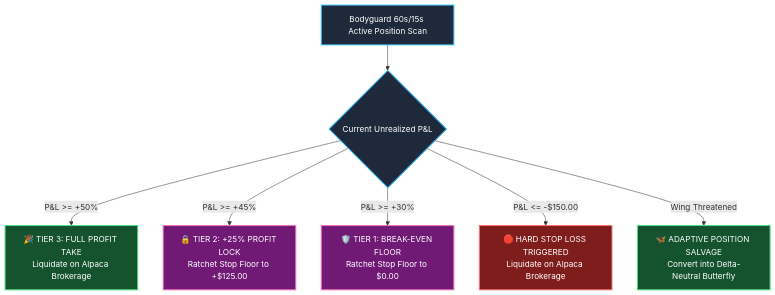
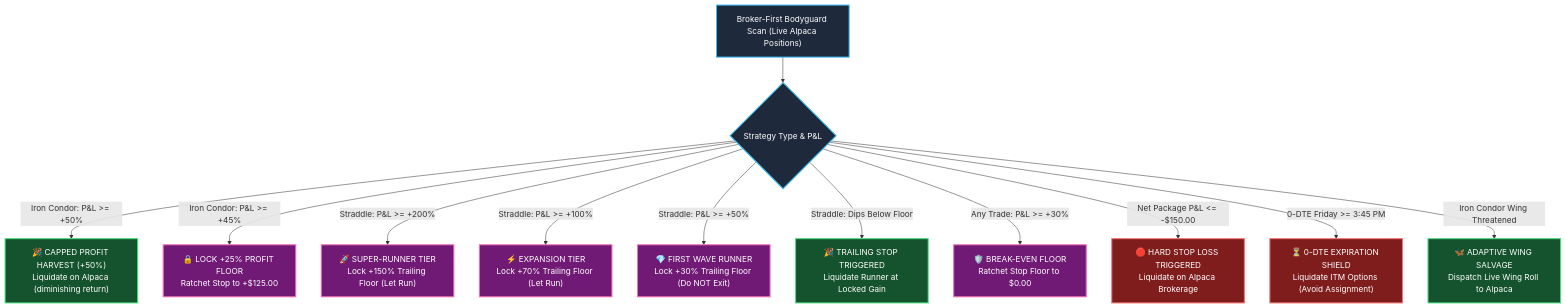
The third of 3 diagrams in README.md (ranazain9/oracle-trading-agents), drawn with Mermaid before and after one commit. The commit also changed other lines of this file, not shown here.

Commit message:
docs: update README with authentic closed trade reconciliation metrics, broker-first bodyguard, and dynamic runner ratchet

````diff
--- a/README.md
+++ b/README.md
@@ -283,15 +288,25 @@
 ```mermaid
 flowchart TD
     classDef check fill:#1E293B,stroke:#38BDF8,stroke-width:2px,color:#FFFFFF;
     classDef ratchet fill:#701A75,stroke:#F472B6,stroke-width:2px,color:#FFFFFF;
     classDef win fill:#14532D,stroke:#4ADE80,stroke-width:2px,color:#FFFFFF;
     classDef stop fill:#7F1D1D,stroke:#F87171,stroke-width:2px,color:#FFFFFF;
 
-    A["Bodyguard 60s/15s Active Position Scan"]:::check --> B{"Current Unrealized P&L"}:::check
+    A["Broker-First Bodyguard Scan (Live Alpaca Positions)"]:::check --> B{"Strategy Type & P&L"}:::check
     
-    B -->|"P&L >= +50%"| C["🎉 TIER 3: FULL PROFIT TAKE<br>Liquidate on Alpaca Brokerage"]:::win
-    B -->|"P&L >= +45%"| D["🔒 TIER 2: +25% PROFIT LOCK<br>Ratchet Stop Floor to +$125.00"]:::ratchet
-    B -->|"P&L >= +30%"| E["🛡️ TIER 1: BREAK-EVEN FLOOR<br>Ratchet Stop Floor to $0.00"]:::ratchet
-    B -->|"P&L <= -$150.00"| F["🛑 HARD STOP LOSS TRIGGERED<br>Liquidate on Alpaca Brokerage"]:::stop
-    B -->|"Wing Threatened"| G["🦋 ADAPTIVE POSITION SALVAGE<br>Convert into Delta-Neutral Butterfly"]:::win
+    %% Path 1: Capped Credit Spreads (Iron Condors)
+    B -->|"Iron Condor: P&L >= +50%"| C1["🎉 CAPPED PROFIT HARVEST (+50%)<br>Liquidate on Alpaca (diminishing return)"]:::win
+    B -->|"Iron Condor: P&L >= +45%"| C2["🔒 LOCK +25% PROFIT FLOOR<br>Ratchet Stop to +$125.00"]:::ratchet
+    
+    %% Path 2: Uncapped Runners & Straddles
+    B -->|"Straddle: P&L >= +200%"| S1["🚀 SUPER-RUNNER TIER<br>Lock +150% Trailing Floor (Let Run)"]:::ratchet
+    B -->|"Straddle: P&L >= +100%"| S2["⚡ EXPANSION TIER<br>Lock +70% Trailing Floor (Let Run)"]:::ratchet
+    B -->|"Straddle: P&L >= +50%"| S3["💎 FIRST WAVE RUNNER<br>Lock +30% Trailing Floor (Do NOT Exit)"]:::ratchet
+    B -->|"Straddle: Dips Below Floor"| S4["🎉 TRAILING STOP TRIGGERED<br>Liquidate Runner at Locked Gain"]:::win
+
+    %% Shared Hard Stop and 0-DTE Defense
+    B -->|"Any Trade: P&L >= +30%"| E["🛡️ BREAK-EVEN FLOOR<br>Ratchet Stop Floor to $0.00"]:::ratchet
+    B -->|"Net Package P&L <= -$150.00"| F["🛑 HARD STOP LOSS TRIGGERED<br>Liquidate on Alpaca Brokerage"]:::stop
+    B -->|"0-DTE Friday >= 3:45 PM"| H["⏳ 0-DTE EXPIRATION SHIELD<br>Liquidate ITM Options (Avoid Assignment)"]:::stop
+    B -->|"Iron Condor Wing Threatened"| G["🦋 ADAPTIVE WING SALVAGE<br>Dispatch Live Wing Roll to Alpaca"]:::win
 ```
````
